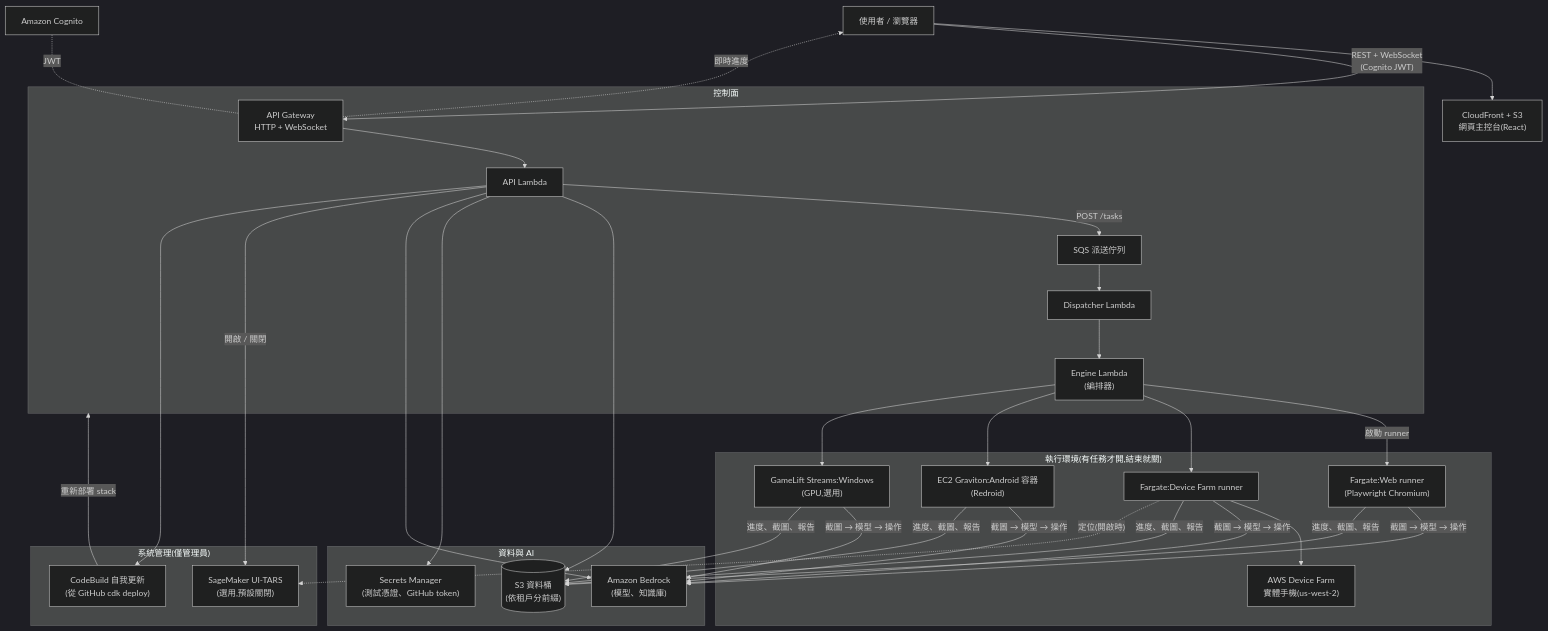
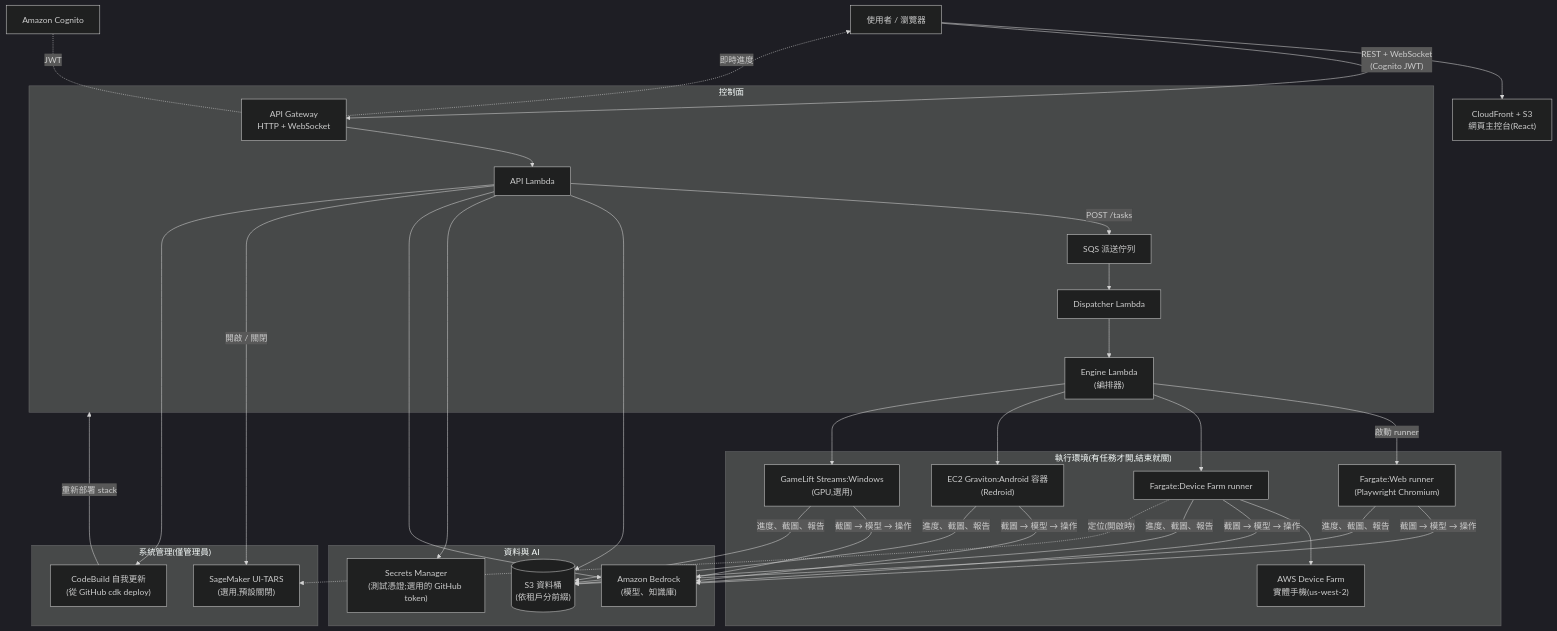
One commit to hoycdanny/playagent-checker changed the diagram in README_ZH.md. Above: the diagram before and after it, drawn with Mermaid (dark theme). The commit also changed other lines of this file and 6 other files, not shown here.

````diff
--- a/README_ZH.md
+++ b/README_ZH.md
@@ -52,54 +53,54 @@
 ```mermaid
 flowchart TB
   user["使用者 / 瀏覽器"]
   cf["CloudFront + S3<br/>網頁主控台(React)"]
   cognito["Amazon Cognito"]
 
   subgraph cp["控制面"]
     apigw["API Gateway<br/>HTTP + WebSocket"]
     api["API Lambda"]
     sqs["SQS 派送佇列"]
     disp["Dispatcher Lambda"]
     engine["Engine Lambda<br/>(編排器)"]
   end
 
   subgraph data["資料與 AI"]
     s3[("S3 資料桶<br/>(依租戶分前綴)")]
-    sm["Secrets Manager<br/>(測試憑證、GitHub token)"]
+    sm["Secrets Manager<br/>(測試憑證;選用的 GitHub token)"]
     bedrock["Amazon Bedrock<br/>(模型、知識庫)"]
   end
 
   subgraph rt["執行環境(有任務才開,結束就關)"]
     web["Fargate:Web runner<br/>(Playwright Chromium)"]
     df["Fargate:Device Farm runner"]
     dfx["AWS Device Farm<br/>實體手機(us-west-2)"]
     redroid["EC2 Graviton:Android 容器<br/>(Redroid)"]
     win["GameLift Streams:Windows<br/>(GPU,選用)"]
   end
 
   subgraph adm["系統管理(僅管理員)"]
     update["CodeBuild 自我更新<br/>(從 GitHub cdk deploy)"]
     uitars["SageMaker UI-TARS<br/>(選用,預設關閉)"]
   end
 
   user --> cf
   user -- "REST + WebSocket<br/>(Cognito JWT)" --> apigw
   cognito -. JWT .- apigw
   apigw --> api
   api -- "POST /tasks" --> sqs --> disp --> engine
   api --> s3
   api --> sm
   api --> bedrock
   engine -- "啟動 runner" --> web
   engine --> df
   engine --> redroid
   engine --> win
   df --> dfx
   web & df & redroid & win -- "截圖 → 模型 → 操作" --> bedrock
   web & df & redroid & win -- "進度、截圖、報告" --> s3
   df -. "定位(開啟時)" .-> uitars
   apigw -. "即時進度" .-> user
   api -- "開啟 / 關閉" --> uitars
   api --> update
   update -- "重新部署 stack" --> cp
 ```
````
